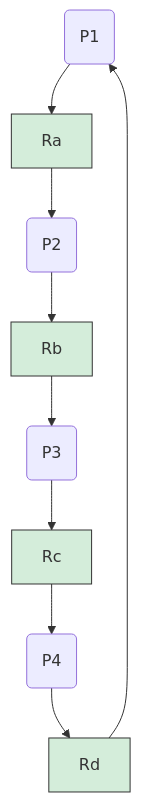
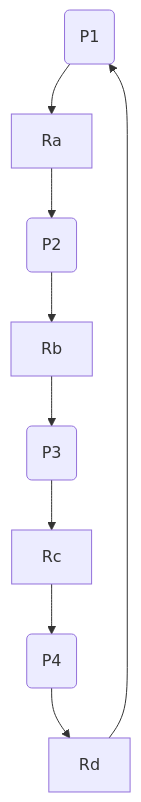
The first of 16 diagrams in src/content/post/operating_systems_note_11-zh.mdx (EmptyBlueBox/Blog), drawn with Mermaid before and after one commit. The commit also changed other lines of this file, not shown here.

Commit message:
✨ fix: Remove unnecessary style definitions in operating systems notes for clarity

````diff
--- a/src/content/post/operating_systems_note_11-zh.mdx
+++ b/src/content/post/operating_systems_note_11-zh.mdx
@@ -131,15 +131,11 @@
 ```mermaid
 graph TD
     P1(P1) --> Ra[Ra]
     P2(P2) --> Rb[Rb]
     P3(P3) --> Rc[Rc]
     P4(P4) --> Rd[Rd]
     Ra --> P2
     Rb --> P3
     Rc --> P4
     Rd --> P1
-    style Ra fill:#d4edda,stroke:#333
-    style Rb fill:#d4edda,stroke:#333
-    style Rc fill:#d4edda,stroke:#333
-    style Rd fill:#d4edda,stroke:#333
 ```
````
